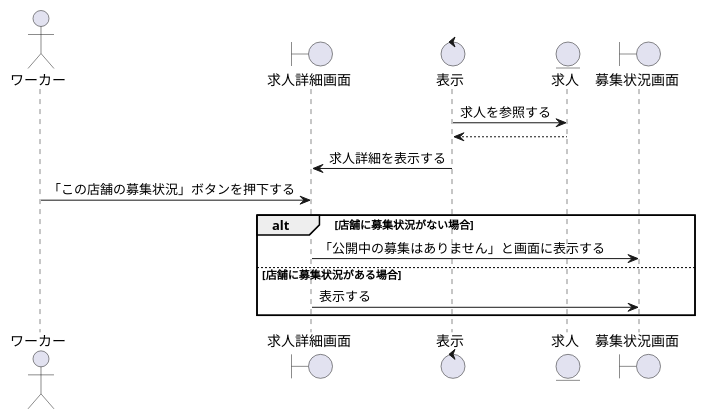
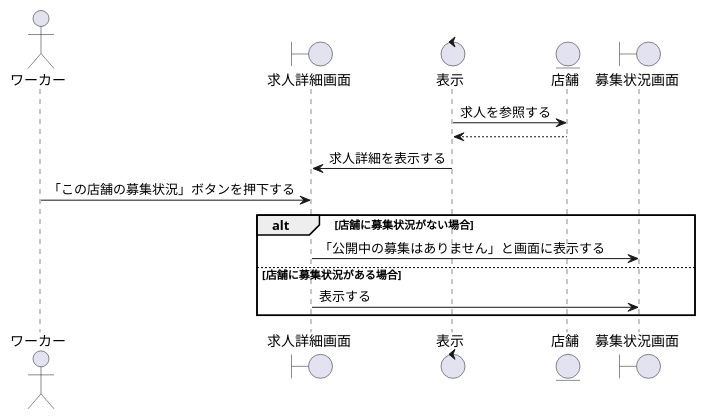
The diagram in sequence_fig/2_search_fn/06_店舗の募集状況を閲覧する.pu (irukacb256/high_Me), drawn with PlantUML before and after one commit. The commit also changed 39 other files, not shown here.

```diff
--- a/sequence_fig/2_search_fn/06_店舗の募集状況を閲覧する.pu
+++ b/sequence_fig/2_search_fn/06_店舗の募集状況を閲覧する.pu
@@ -1,26 +1,27 @@
 @startuml 店舗の募集状況を閲覧する
 
 ' 1
 actor ワーカー as wo1
 boundary 求人詳細画面 as jd1
 control 表示 as co1
-entity 求人 as en1
+
+entity 店舗 as en1
 boundary 募集状況画面 as rs1
 
 ' 2
 co1 -> en1 : 求人を参照する
 en1 --> co1 
 
 co1 -> jd1 : 求人詳細を表示する
 
 wo1 -> jd1 : 「この店舗の募集状況」ボタンを押下する
 
 alt 店舗に募集状況がない場合
     jd1 -> rs1 : 「公開中の募集はありません」と画面に表示する
 
 else 店舗に募集状況がある場合
     jd1 -> rs1 : 表示する
 
 end
 
 @enduml
```
